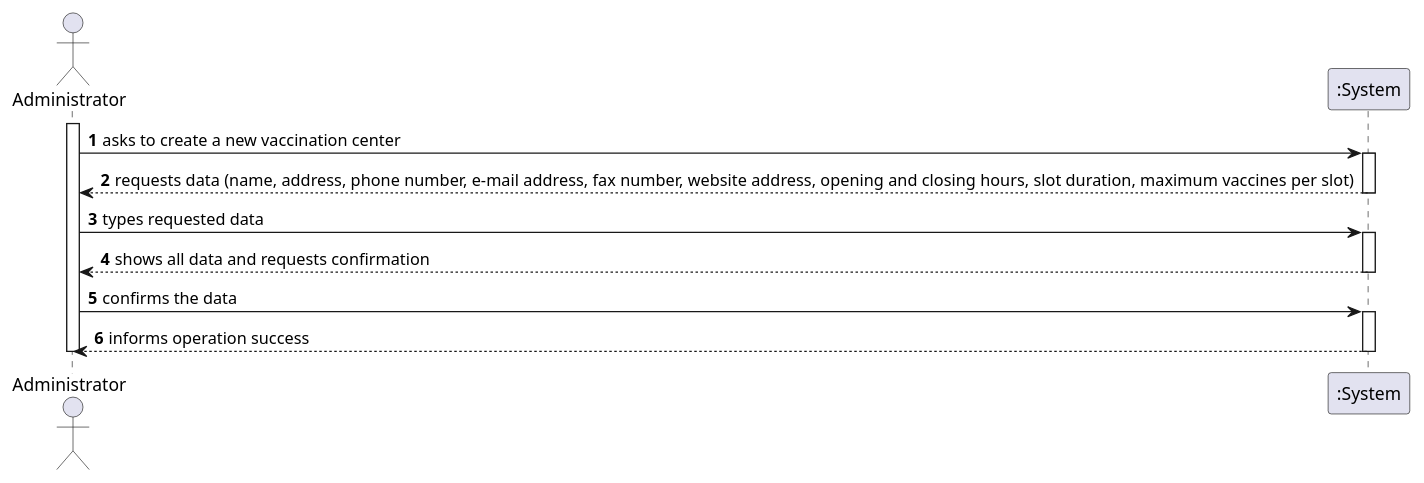
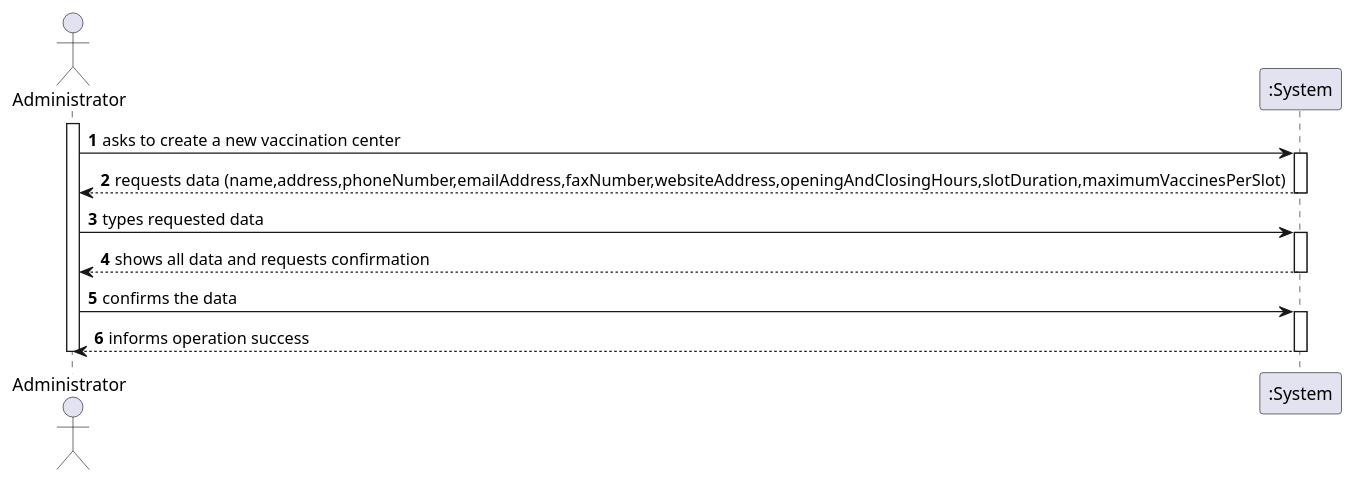
One commit to miseEnPlace-i/lapr2 changed the diagram in docs/SprintB/US09/SSD/US09_SSD.puml. Above: the diagram before and after it, drawn with PlantUML. The commit also changed 5 other files, not shown here.

```diff
--- a/docs/SprintB/US09/SSD/US09_SSD.puml
+++ b/docs/SprintB/US09/SSD/US09_SSD.puml
@@ -1,24 +1,24 @@
 @startuml US09_SSD
 autonumber
 actor "Administrator" as Administrator
 
 activate Administrator
 Administrator -> ":System" : asks to create a new vaccination center
 activate ":System"
-":System" --> Administrator : requests data (name, address, phone number, e-mail address, fax number, website address, opening and closing hours, slot duration, maximum vaccines per slot)
+":System" --> Administrator : requests data (name,address,phoneNumber,emailAddress,faxNumber,websiteAddress,openingAndClosingHours,slotDuration,maximumVaccinesPerSlot)
 deactivate ":System"
 
 Administrator -> ":System" : types requested data
 activate ":System"
 
 ":System" --> Administrator : shows all data and requests confirmation
 deactivate ":System"
 
 Administrator -> ":System" : confirms the data
 activate ":System"
 ":System" -->Administrator : informs operation success
 deactivate ":System"
 
 deactivate Administrator
 
 @enduml
```
